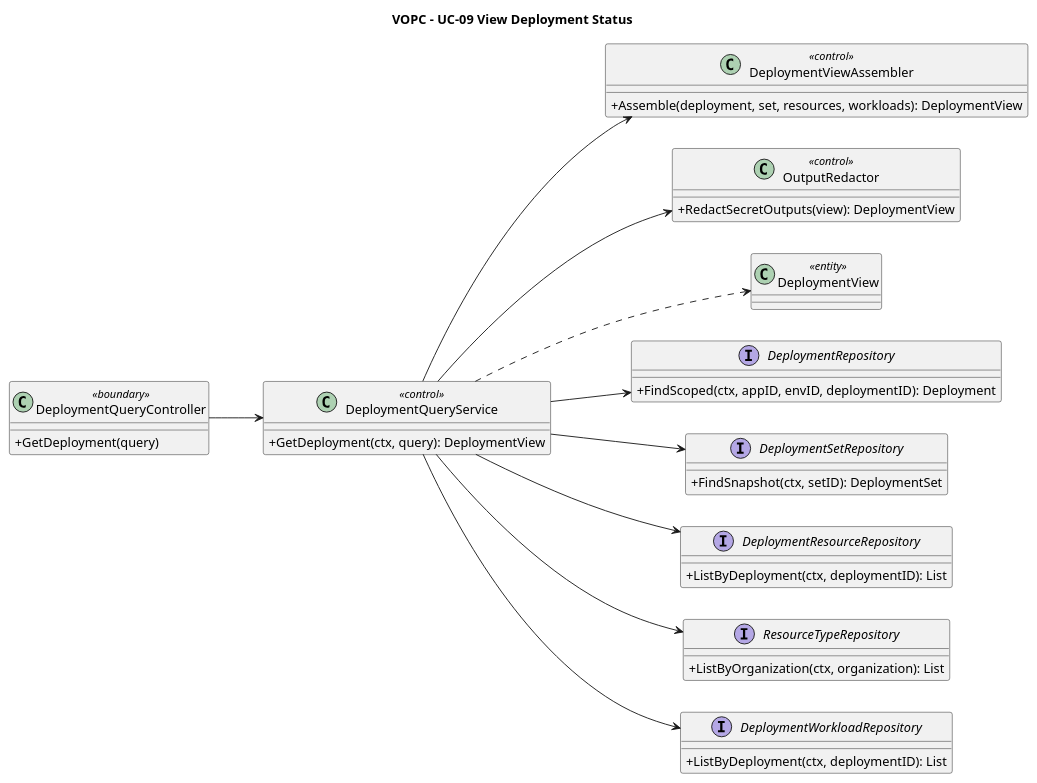
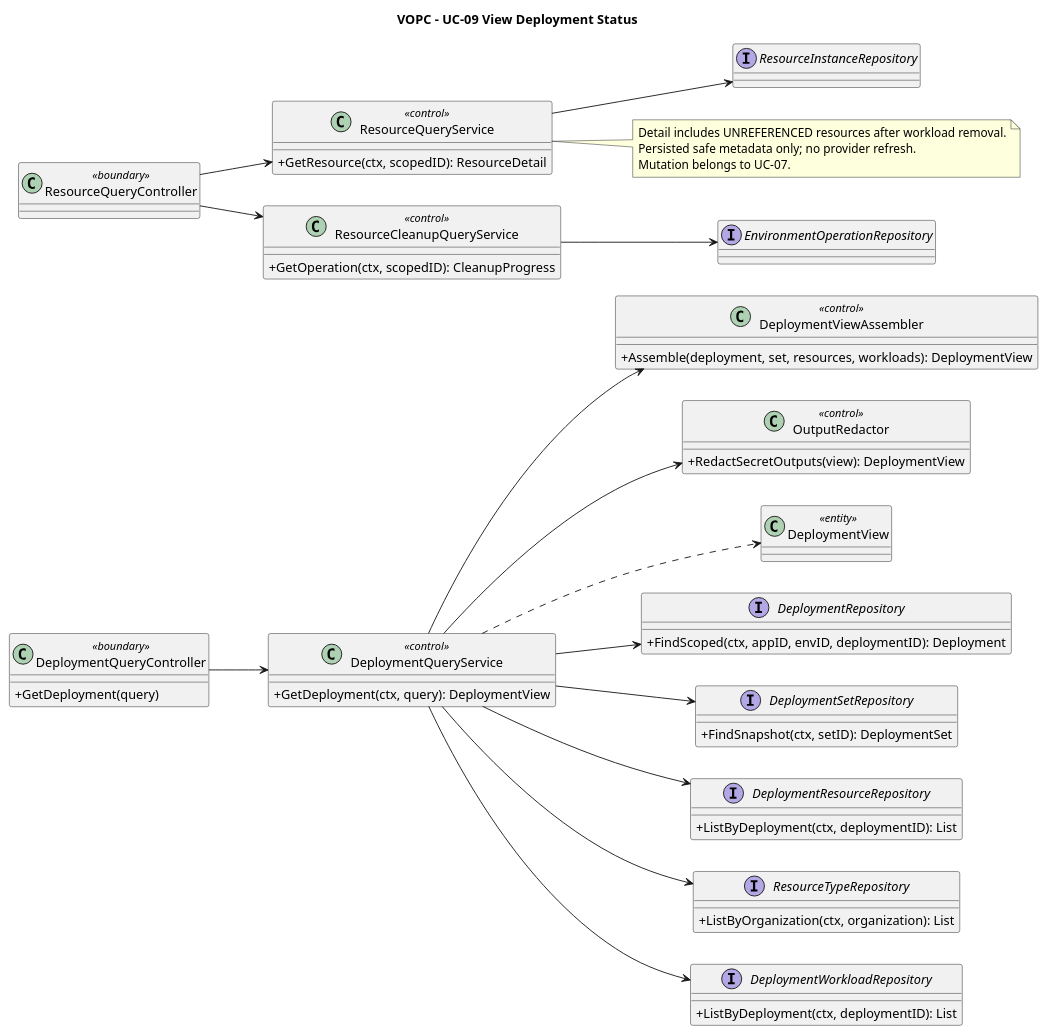
The diagram in orchestrator_docs/usecase/UC-09/vopc.puml (pr3s3nt/poc), drawn with PlantUML before and after one commit. The commit also changed 124 other files, not shown here.

```diff
--- a/orchestrator_docs/usecase/UC-09/vopc.puml
+++ b/orchestrator_docs/usecase/UC-09/vopc.puml
@@ -1,42 +1,60 @@
 @startuml
 title VOPC - UC-09 View Deployment Status
 left to right direction
 skinparam classAttributeIconSize 0
 class DeploymentQueryController <<boundary>> {
   +GetDeployment(query)
 }
 class DeploymentQueryService <<control>> {
   +GetDeployment(ctx, query): DeploymentView
 }
 class DeploymentViewAssembler <<control>> {
   +Assemble(deployment, set, resources, workloads): DeploymentView
 }
 class OutputRedactor <<control>> {
   +RedactSecretOutputs(view): DeploymentView
 }
 class DeploymentView <<entity>>
 interface DeploymentRepository {
   +FindScoped(ctx, appID, envID, deploymentID): Deployment
 }
 interface DeploymentSetRepository {
   +FindSnapshot(ctx, setID): DeploymentSet
 }
 interface DeploymentResourceRepository {
   +ListByDeployment(ctx, deploymentID): List
 }
 interface ResourceTypeRepository {
   +ListByOrganization(ctx, organization): List
 }
 interface DeploymentWorkloadRepository {
   +ListByDeployment(ctx, deploymentID): List
 }
 DeploymentQueryController --> DeploymentQueryService
 DeploymentQueryService --> DeploymentViewAssembler
 DeploymentQueryService --> OutputRedactor
 DeploymentQueryService --> DeploymentRepository
 DeploymentQueryService --> DeploymentSetRepository
 DeploymentQueryService --> DeploymentResourceRepository
 DeploymentQueryService --> ResourceTypeRepository
 DeploymentQueryService --> DeploymentWorkloadRepository
 DeploymentQueryService ..> DeploymentView
+class ResourceQueryController <<boundary>>
+class ResourceQueryService <<control>> {
+  +GetResource(ctx, scopedID): ResourceDetail
+}
+class ResourceCleanupQueryService <<control>> {
+  +GetOperation(ctx, scopedID): CleanupProgress
+}
+interface ResourceInstanceRepository
+interface EnvironmentOperationRepository
+ResourceQueryController --> ResourceQueryService
+ResourceQueryController --> ResourceCleanupQueryService
+ResourceQueryService --> ResourceInstanceRepository
+ResourceCleanupQueryService --> EnvironmentOperationRepository
+note right of ResourceQueryService
+Detail includes UNREFERENCED resources after workload removal.
+Persisted safe metadata only; no provider refresh.
+Mutation belongs to UC-07.
+end note
 @enduml
```
